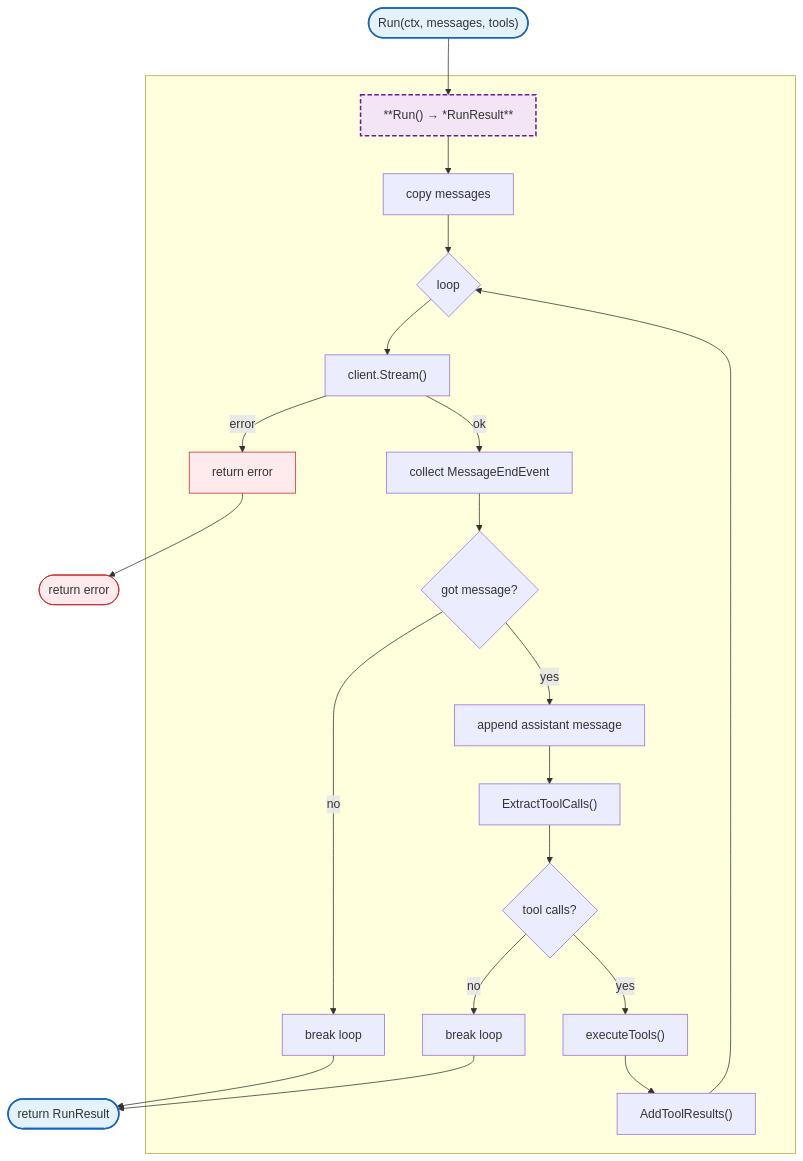
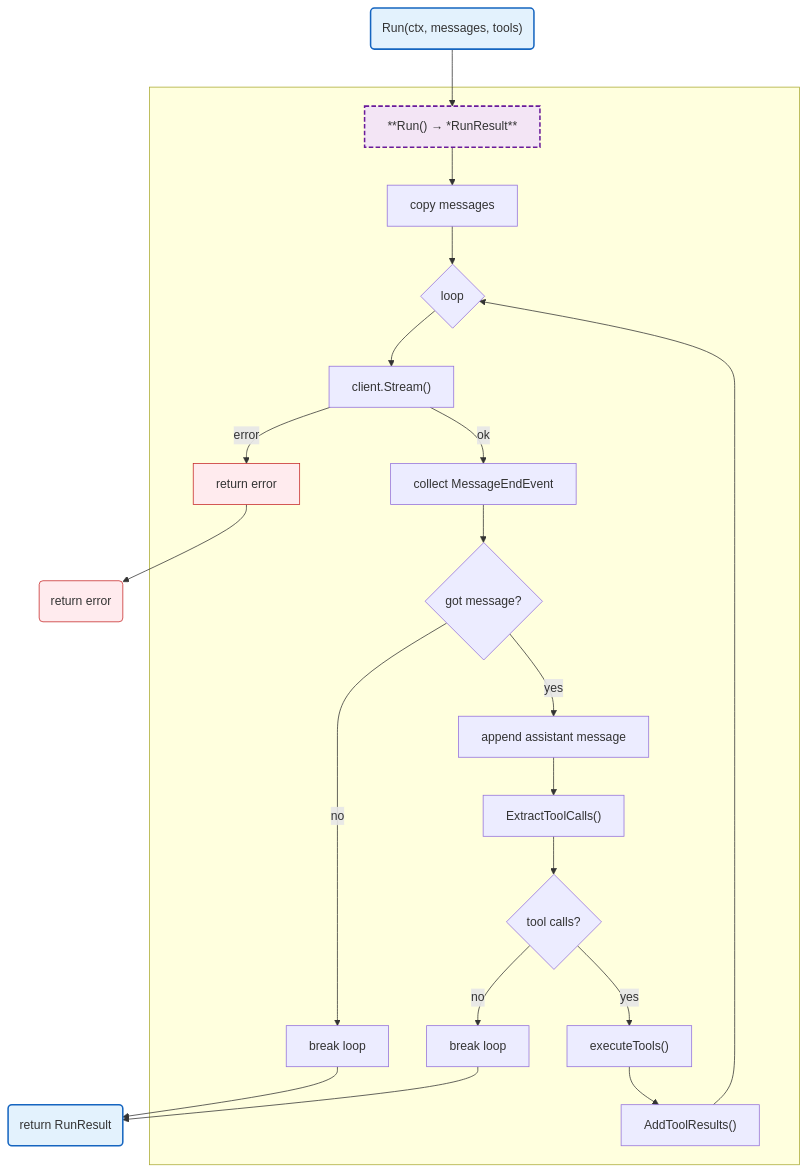
Before and after one commit to radch-ai/ava: the diagram in docs/internal/agent/loop.md, drawn with Mermaid. The commit also changed 24 other files, not shown here.

First line of the commit message:
fix(docs): fix mermaid syntax errors in all diagrams

````diff
--- a/docs/internal/agent/loop.md
+++ b/docs/internal/agent/loop.md
@@ -7,34 +7,34 @@
 ```mermaid
 flowchart TB
-    Start(["Run(ctx, messages, tools)"]) --> HRun
+    Start("Run(ctx, messages, tools)") --> HRun
 
     subgraph SGRun [" "]
         HRun["**Run() → *RunResult**"]
         HRun --> CopyMsgs["copy messages"]
         CopyMsgs --> LoopStart{loop}
         LoopStart --> Stream["client.Stream()"]
         Stream -->|error| ErrStream["return error"]
         Stream -->|ok| CollectEvents["collect MessageEndEvent"]
         CollectEvents --> CheckMsg{got message?}
         CheckMsg -->|no| Break["break loop"]
         CheckMsg -->|yes| AppendMsg["append assistant message"]
         AppendMsg --> ExtractTools["ExtractToolCalls()"]
         ExtractTools --> CheckTools{tool calls?}
         CheckTools -->|no| Break2["break loop"]
         CheckTools -->|yes| ExecuteTools["executeTools()"]
         ExecuteTools --> AddResults["AddToolResults()"]
         AddResults --> LoopStart
     end
 
-    Break --> ReturnResult(["return RunResult"])
+    Break --> ReturnResult("return RunResult")
     Break2 --> ReturnResult
-    ErrStream --> Err(["return error"])
+    ErrStream --> Err("return error")
 
     classDef mainFn fill:#e3f2fd,stroke:#1565c0,stroke-width:2px
     classDef internalFn fill:#f3e5f5,stroke:#6a1b9a,stroke-width:2px,stroke-dasharray:6 3
     classDef errorFlow fill:#ffebee,stroke:#c62828,stroke-width:1px
 
     class Start,ReturnResult mainFn
     class HRun internalFn
     class ErrStream,Err errorFlow
 ```
````
